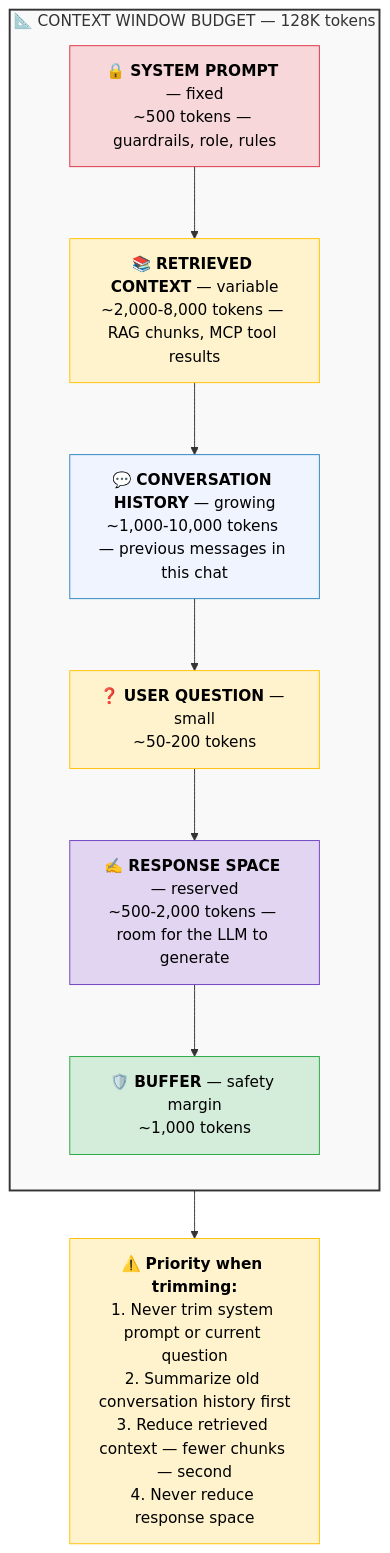
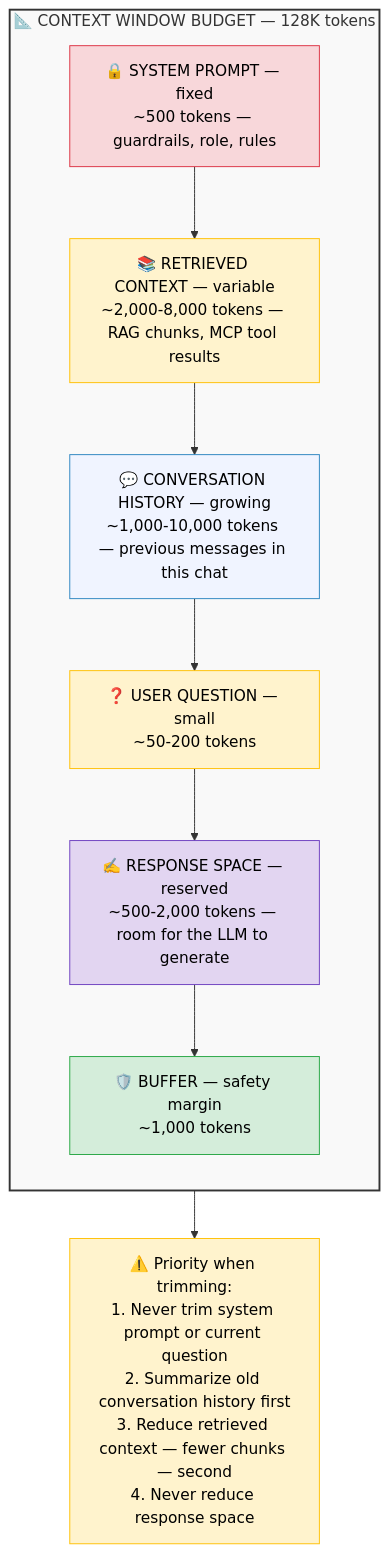
The third of 4 diagrams in docs/12-context-risks.md (ithinktavo/GenAI-Engineering-Handbook), drawn with Mermaid before and after one commit. The commit also changed other lines of this file and 5 other files, not shown here.

First line of the commit message:
Fix Mermaid diagrams: remove HTML tags that break GitHub rendering

````diff
--- a/docs/12-context-risks.md
+++ b/docs/12-context-risks.md
@@ -206,26 +206,26 @@
 ```mermaid
 graph TD
     subgraph budget["📐 CONTEXT WINDOW BUDGET — 128K tokens"]
         direction TB
-        S["🔒 <b>SYSTEM PROMPT</b> — fixed<br/>~500 tokens — guardrails, role, rules"]
-        R["📚 <b>RETRIEVED CONTEXT</b> — variable<br/>~2,000-8,000 tokens — RAG chunks, MCP tool results"]
-        H["💬 <b>CONVERSATION HISTORY</b> — growing<br/>~1,000-10,000 tokens — previous messages in this chat"]
-        Q["❓ <b>USER QUESTION</b> — small<br/>~50-200 tokens"]
-        RS["✍️ <b>RESPONSE SPACE</b> — reserved<br/>~500-2,000 tokens — room for the LLM to generate"]
-        B["🛡️ <b>BUFFER</b> — safety margin<br/>~1,000 tokens"]
+        S["🔒 SYSTEM PROMPT — fixed\n~500 tokens — guardrails, role, rules"]
+        R["📚 RETRIEVED CONTEXT — variable\n~2,000-8,000 tokens — RAG chunks, MCP tool results"]
+        H["💬 CONVERSATION HISTORY — growing\n~1,000-10,000 tokens — previous messages in this chat"]
+        Q["❓ USER QUESTION — small\n~50-200 tokens"]
+        RS["✍️ RESPONSE SPACE — reserved\n~500-2,000 tokens — room for the LLM to generate"]
+        B["🛡️ BUFFER — safety margin\n~1,000 tokens"]
 
         S --> R --> H --> Q --> RS --> B
     end
 
-    TRIM["⚠️ <b>Priority when trimming:</b><br/>1. Never trim system prompt or current question<br/>2. Summarize old conversation history first<br/>3. Reduce retrieved context — fewer chunks — second<br/>4. Never reduce response space"]
+    TRIM["⚠️ Priority when trimming:\n1. Never trim system prompt or current question\n2. Summarize old conversation history first\n3. Reduce retrieved context — fewer chunks — second\n4. Never reduce response space"]
     budget --> TRIM
 
     style S fill:#f8d7da,stroke:#dc3545,color:#000
     style R fill:#fff3cd,stroke:#ffc107,color:#000
     style H fill:#f0f4ff,stroke:#2E86C1,color:#000
     style Q fill:#fff3cd,stroke:#ffc107,color:#000
     style RS fill:#e2d5f1,stroke:#6f42c1,color:#000
     style B fill:#d4edda,stroke:#28a745,color:#000
     style TRIM fill:#fff3cd,stroke:#ffc107,color:#000
     style budget fill:#f9f9f9,stroke:#333,stroke-width:2px
 ```
````
